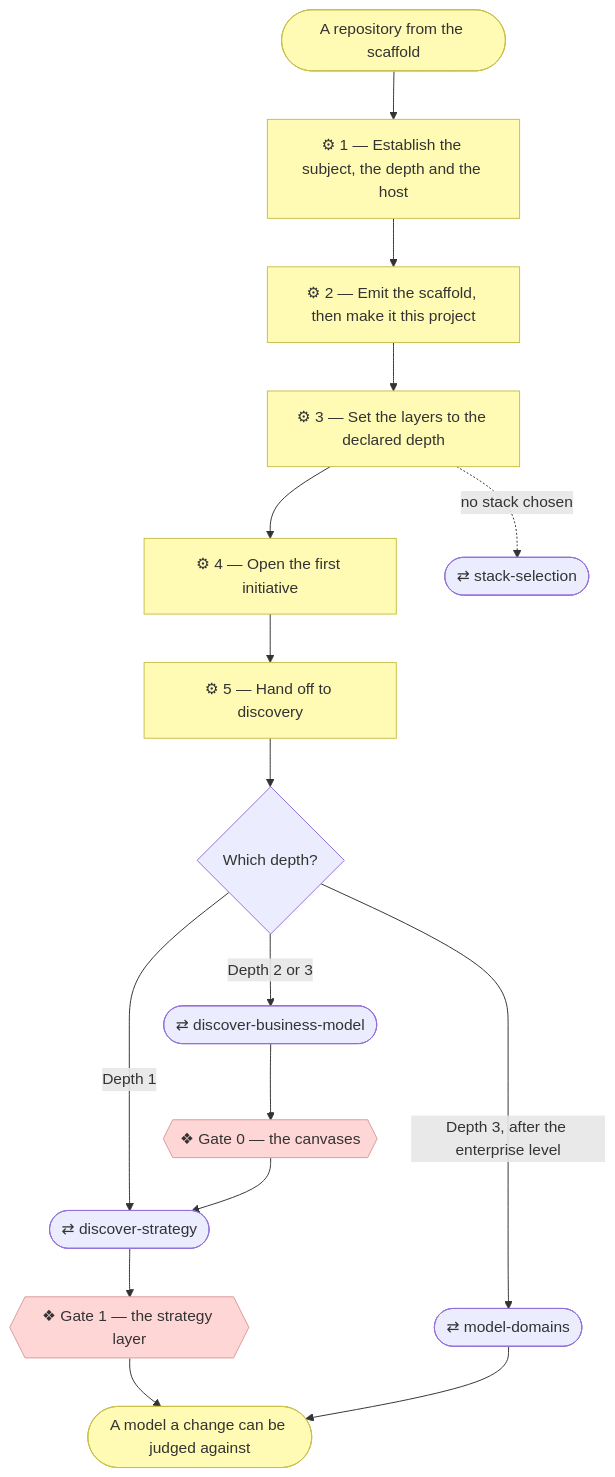
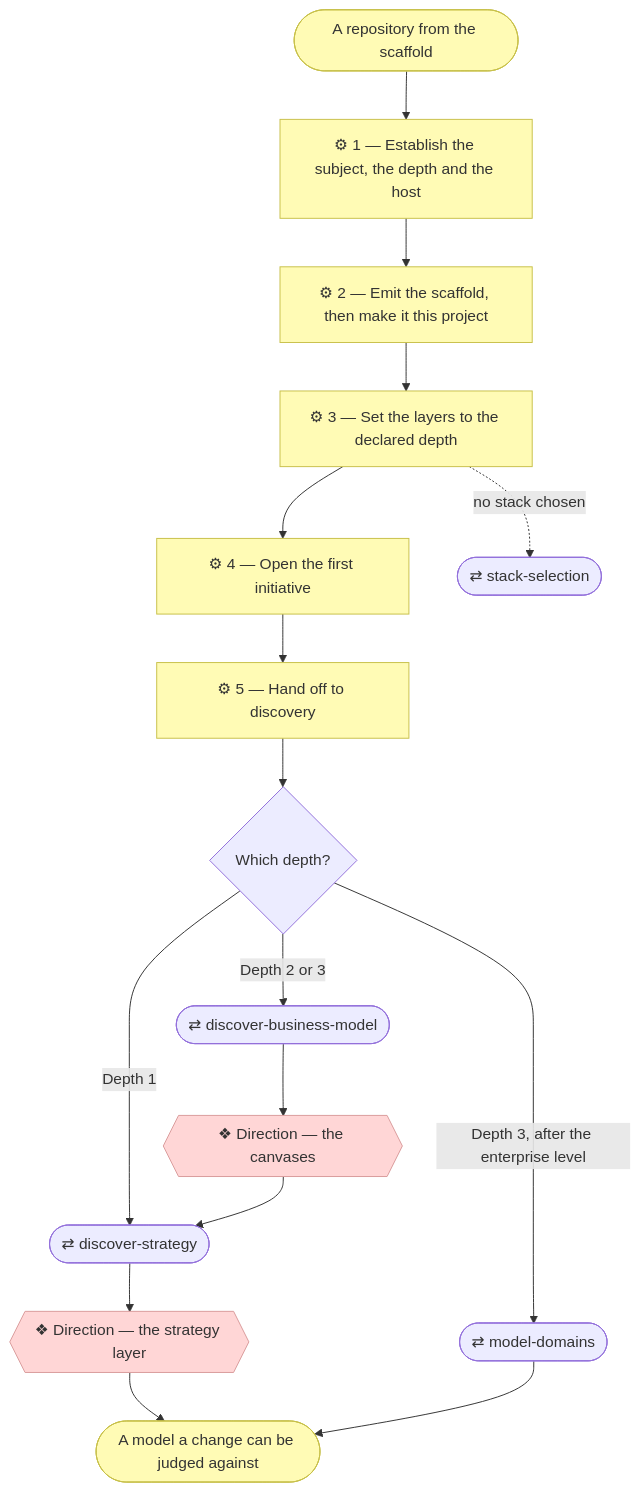
The diagram in plugins/archreator/skills/establish-project/SKILL.md (roanboc/archreator), drawn with Mermaid before and after one commit. The commit also changed other lines of this file and 32 other files, not shown here.

````diff
--- a/plugins/archreator/skills/establish-project/SKILL.md
+++ b/plugins/archreator/skills/establish-project/SKILL.md
@@ -41,29 +41,29 @@
 ```mermaid
 flowchart TD
   req(["A repository from the scaffold"])
   s1["⚙ 1 — Establish the subject, the depth and the host"]
   s2["⚙ 2 — Emit the scaffold, then make it this project"]
   s3["⚙ 3 — Set the layers to the declared depth"]
   s4["⚙ 4 — Open the first initiative"]
   s5["⚙ 5 — Hand off to discovery"]
   d{"Which depth?"}
   ss(["⇄ stack-selection"])
   dbm(["⇄ discover-business-model"])
   ds(["⇄ discover-strategy"])
   md(["⇄ model-domains"])
-  g0{{"❖ Gate 0 — the canvases"}}
-  g1{{"❖ Gate 1 — the strategy layer"}}
+  g0{{"❖ Direction — the canvases"}}
+  g1{{"❖ Direction — the strategy layer"}}
   out(["A model a change can be judged against"])
 
   req --> s1 --> s2 --> s3 --> s4 --> s5 --> d
   s3 -. no stack chosen .-> ss
   d -->|Depth 1| ds
   d -->|Depth 2 or 3| dbm --> g0 --> ds
   ds --> g1 --> out
   d -->|Depth 3, after the enterprise level| md --> out
 
   classDef business fill:#fffbb5,stroke:#c8c04a,color:#333
   classDef implementation fill:#ffd6d6,stroke:#d99b9b,color:#333
   class s1,s2,s3,s4,s5,req,out business
   class g0,g1 implementation
 ```
````
